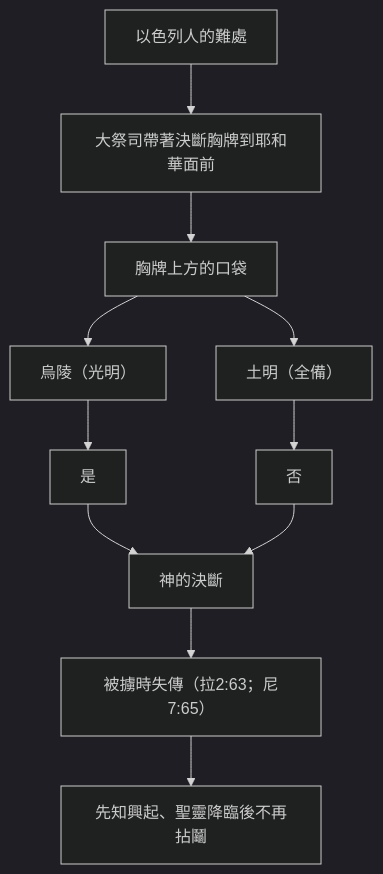
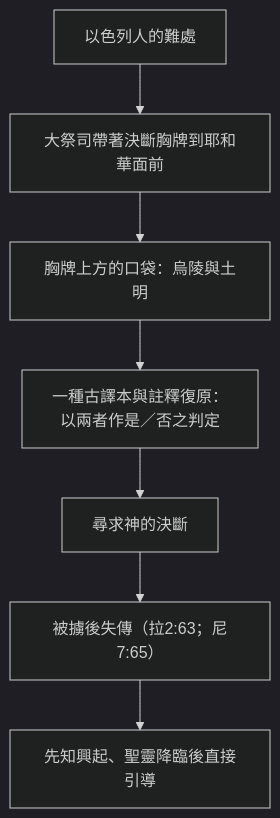
The diagram in content/02 出埃及記/第28章.md (andyjr5566/Bible_wiki_zh_website), drawn with Mermaid (dark theme) before and after one commit. The commit also changed other lines of this file and 641 other files, not shown here.

````diff
--- a/content/02 出埃及記/第28章.md
+++ b/content/02 出埃及記/第28章.md
@@ -156,13 +156,9 @@
 ```mermaid
 flowchart TD
     A["以色列人的難處"] --> B["大祭司帶著決斷胸牌到耶和華面前"]
-    B --> C["胸牌上方的口袋"]
-    C --> D["烏陵（光明）"]
-    C --> E["土明（全備）"]
-    D --> F["是"]
-    E --> G["否"]
-    F --> H["神的決斷"]
-    G --> H
-    H --> I["被擄時失傳（拉2:63；尼7:65）"]
-    I --> J["先知興起、聖靈降臨後不再拈鬮"]
+    B --> C["胸牌上方的口袋：烏陵與土明"]
+    C --> D["一種古譯本與註釋復原：<br/>以兩者作是／否之判定"]
+    D --> E["尋求神的決斷"]
+    E --> F["被擄後失傳（拉2:63；尼7:65）"]
+    F --> G["先知興起、聖靈降臨後直接引導"]
 ```
````
